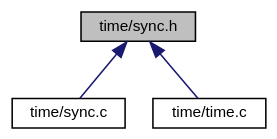
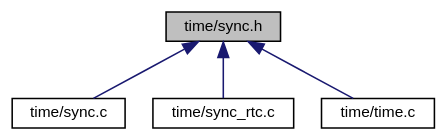
The diagram in sync_8h__dep__incl.dot (ebs-universe/piolib-time), drawn with Graphviz before and after one commit. The commit also changed 90 other files, not shown here.

```diff
--- a/sync_8h__dep__incl.dot
+++ b/sync_8h__dep__incl.dot
@@ -1,13 +1,15 @@
 digraph "time/sync.h"
 {
  // INTERACTIVE_SVG=YES
  // LATEX_PDF_SIZE
   bgcolor="transparent";
   edge [fontname="Helvetica",fontsize="10",labelfontname="Helvetica",labelfontsize="10"];
   node [fontname="Helvetica",fontsize="10",shape=record];
   Node1 [label="time/sync.h",height=0.2,width=0.4,color="black", fillcolor="grey75", style="filled", fontcolor="black",tooltip="Time synchonization functions for embebedded systems."];
   Node1 -> Node2 [dir="back",color="midnightblue",fontsize="10",style="solid",fontname="Helvetica"];
-  Node2 [label="time/sync.c",height=0.2,width=0.4,color="black",URL="$sync_8c.html",tooltip="Time synchonization function implementations."];
+  Node2 [label="time/sync.c",height=0.2,width=0.4,color="black",URL="$sync_8c.html",tooltip="Time synchonization function implementation."];
   Node1 -> Node3 [dir="back",color="midnightblue",fontsize="10",style="solid",fontname="Helvetica"];
-  Node3 [label="time/time.c",height=0.2,width=0.4,color="black",URL="$time_8c.html",tooltip="Time related function implementations."];
+  Node3 [label="time/sync_rtc.c",height=0.2,width=0.4,color="black",URL="$sync__rtc_8c_source.html",tooltip=" "];
+  Node1 -> Node4 [dir="back",color="midnightblue",fontsize="10",style="solid",fontname="Helvetica"];
+  Node4 [label="time/time.c",height=0.2,width=0.4,color="black",URL="$time_8c.html",tooltip="Time related function implementations."];
 }
```
